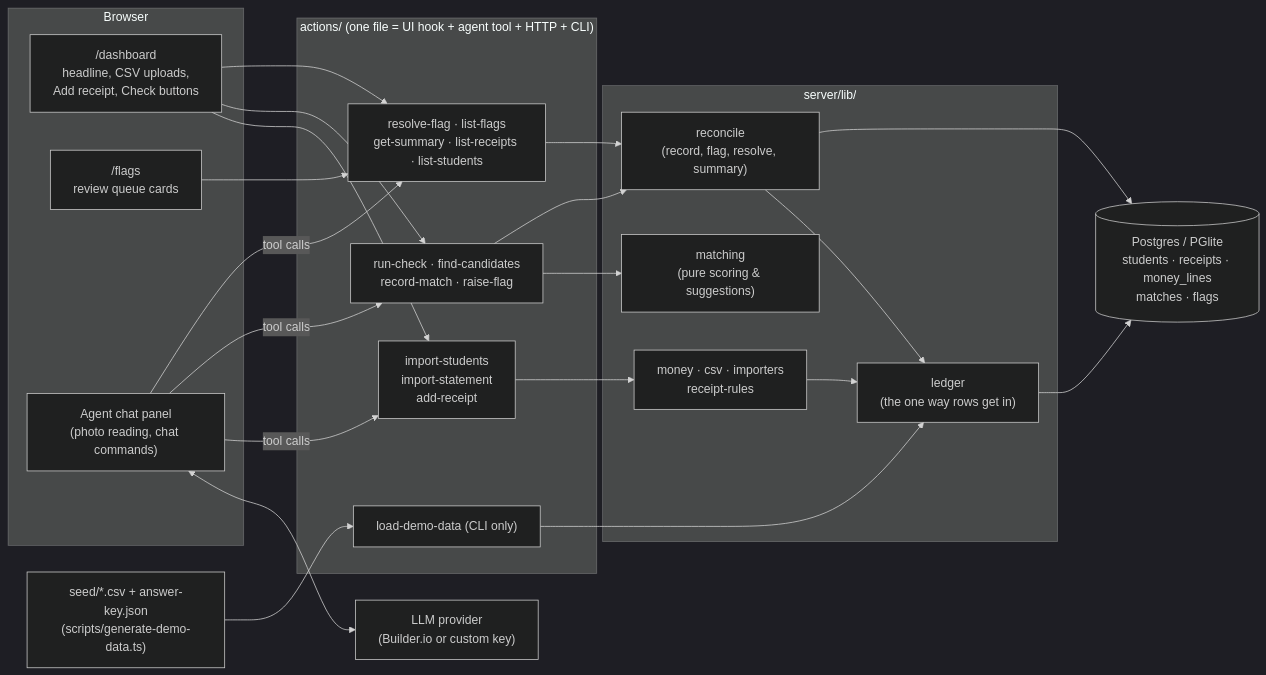
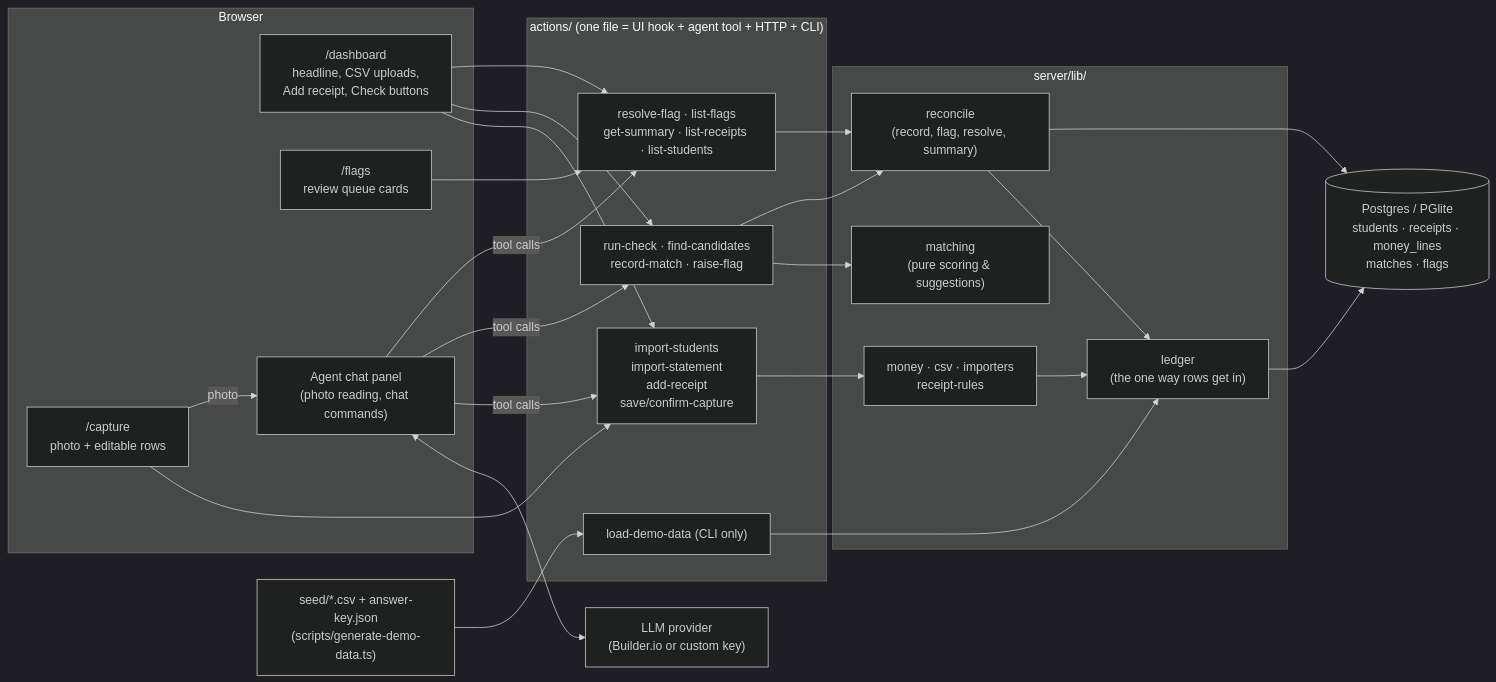
The diagram in docs/PROJECT_HISTORY.md (Ikwame91/FeeDesk), drawn with Mermaid (dark theme) before and after one commit. The commit also changed other lines of this file and 26 other files, not shown here.

First line of the commit message:
Add the photo capture screen; apply review feedback

````diff
--- a/docs/PROJECT_HISTORY.md
+++ b/docs/PROJECT_HISTORY.md
@@ -47,37 +47,40 @@
 ```mermaid
 flowchart LR
   subgraph Browser
     D["/dashboard<br/>headline, CSV uploads,<br/>Add receipt, Check buttons"]
+    P["/capture<br/>photo + editable rows"]
     F["/flags<br/>review queue cards"]
     C["Agent chat panel<br/>(photo reading, chat commands)"]
   end
 
   subgraph Actions["actions/ (one file = UI hook + agent tool + HTTP + CLI)"]
-    A1["import-students<br/>import-statement<br/>add-receipt"]
+    A1["import-students<br/>import-statement<br/>add-receipt<br/>save/confirm-capture"]
     A2["run-check · find-candidates<br/>record-match · raise-flag"]
     A3["resolve-flag · list-flags<br/>get-summary · list-receipts · list-students"]
     A4["load-demo-data (CLI only)"]
   end
 
   subgraph Lib["server/lib/"]
     L1["money · csv · importers<br/>receipt-rules"]
     L2["ledger<br/>(the one way rows get in)"]
     L3["matching<br/>(pure scoring & suggestions)"]
     L4["reconcile<br/>(record, flag, resolve, summary)"]
   end
 
   DB[("Postgres / PGlite<br/>students · receipts · money_lines<br/>matches · flags")]
   LLM["LLM provider<br/>(Builder.io or custom key)"]
   SEED["seed/*.csv + answer-key.json<br/>(scripts/generate-demo-data.ts)"]
 
   D --> A1 & A2 & A3
+  P --> A1
+  P -->|photo| C
   F --> A3
   C <--> LLM
   C -->|tool calls| A1 & A2 & A3
   A1 --> L1 --> L2
   A2 --> L3 & L4
   A3 --> L4
   L4 --> L2
   L2 & L4 --> DB
   SEED --> A4 --> L2
 ```
````
